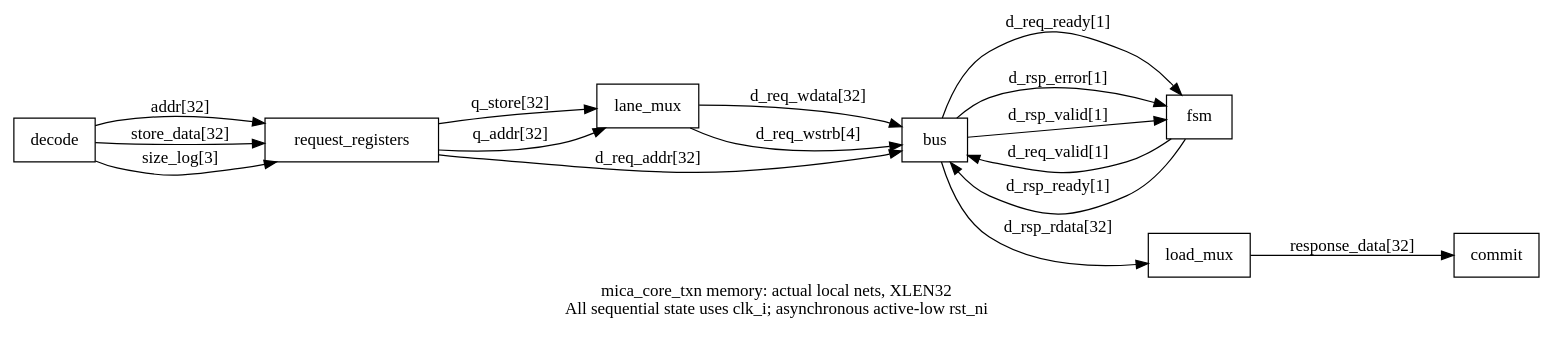
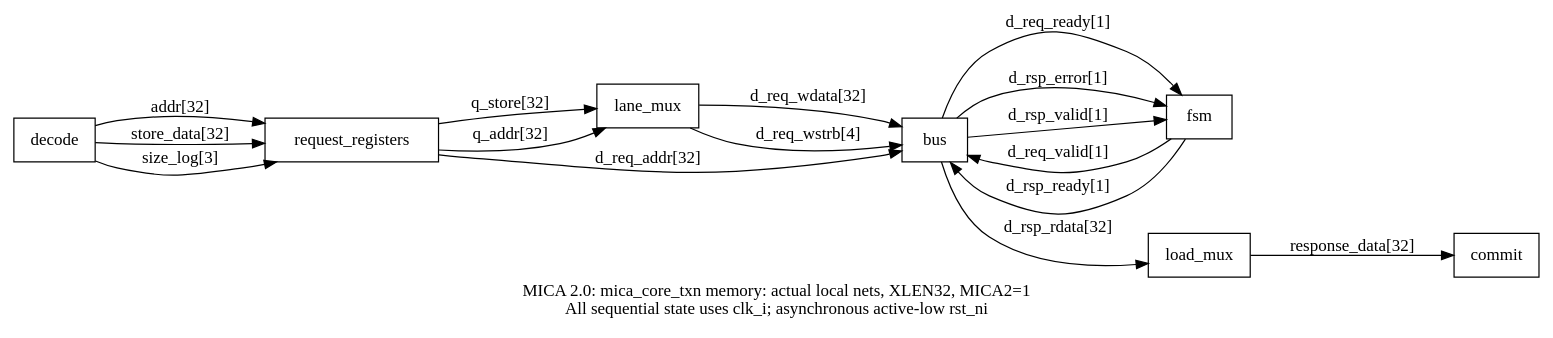
The diagram in schematics/current/memory.dot (RobertFlexx/MICA), drawn with Graphviz before and after one commit. The commit also changed 321 other files, not shown here.

```diff
--- a/schematics/current/memory.dot
+++ b/schematics/current/memory.dot
@@ -1,17 +1,17 @@
-digraph memory {rankdir=LR;label="mica_core_txn memory: actual local nets, XLEN32\nAll sequential state uses clk_i; asynchronous active-low rst_ni";node[shape=box];
+digraph memory {rankdir=LR;label="MICA 2.0: mica_core_txn memory: actual local nets, XLEN32, MICA2=1\nAll sequential state uses clk_i; asynchronous active-low rst_ni";node[shape=box];
 decode->request_registers[label="addr[32]"];
 decode->request_registers[label="store_data[32]"];
 decode->request_registers[label="size_log[3]"];
 request_registers->lane_mux[label="q_store[32]"];
 request_registers->lane_mux[label="q_addr[32]"];
 lane_mux->bus[label="d_req_wdata[32]"];
 lane_mux->bus[label="d_req_wstrb[4]"];
 request_registers->bus[label="d_req_addr[32]"];
 fsm->bus[label="d_req_valid[1]"];
 bus->fsm[label="d_req_ready[1]"];
 bus->load_mux[label="d_rsp_rdata[32]"];
 bus->fsm[label="d_rsp_error[1]"];
 bus->fsm[label="d_rsp_valid[1]"];
 fsm->bus[label="d_rsp_ready[1]"];
 load_mux->commit[label="response_data[32]"];
 }
```
